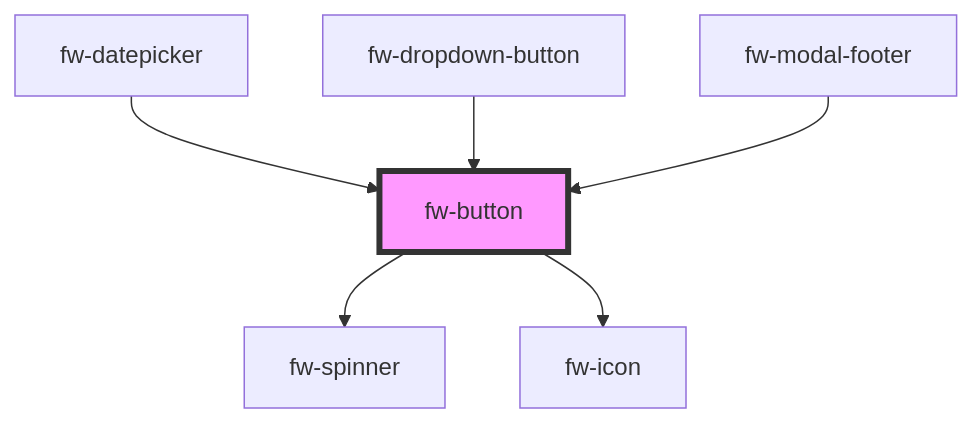
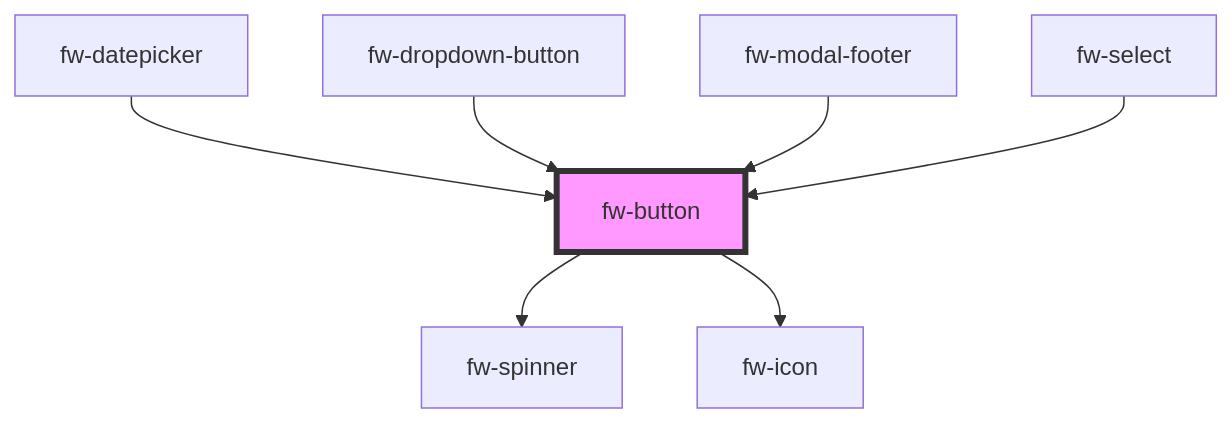
Before and after one commit to freshworks/crayons: the diagram in packages/crayons-core/src/components/button/readme.md, drawn with Mermaid. The commit also changed other lines of this file and 9 other files, not shown here.

````diff
--- a/packages/crayons-core/src/components/button/readme.md
+++ b/packages/crayons-core/src/components/button/readme.md
@@ -298,9 +299,10 @@
 ```mermaid
 graph TD;
   fw-button --> fw-spinner
   fw-button --> fw-icon
   fw-datepicker --> fw-button
   fw-dropdown-button --> fw-button
   fw-modal-footer --> fw-button
+  fw-select --> fw-button
   style fw-button fill:#f9f,stroke:#333,stroke-width:4px
 ```
````
